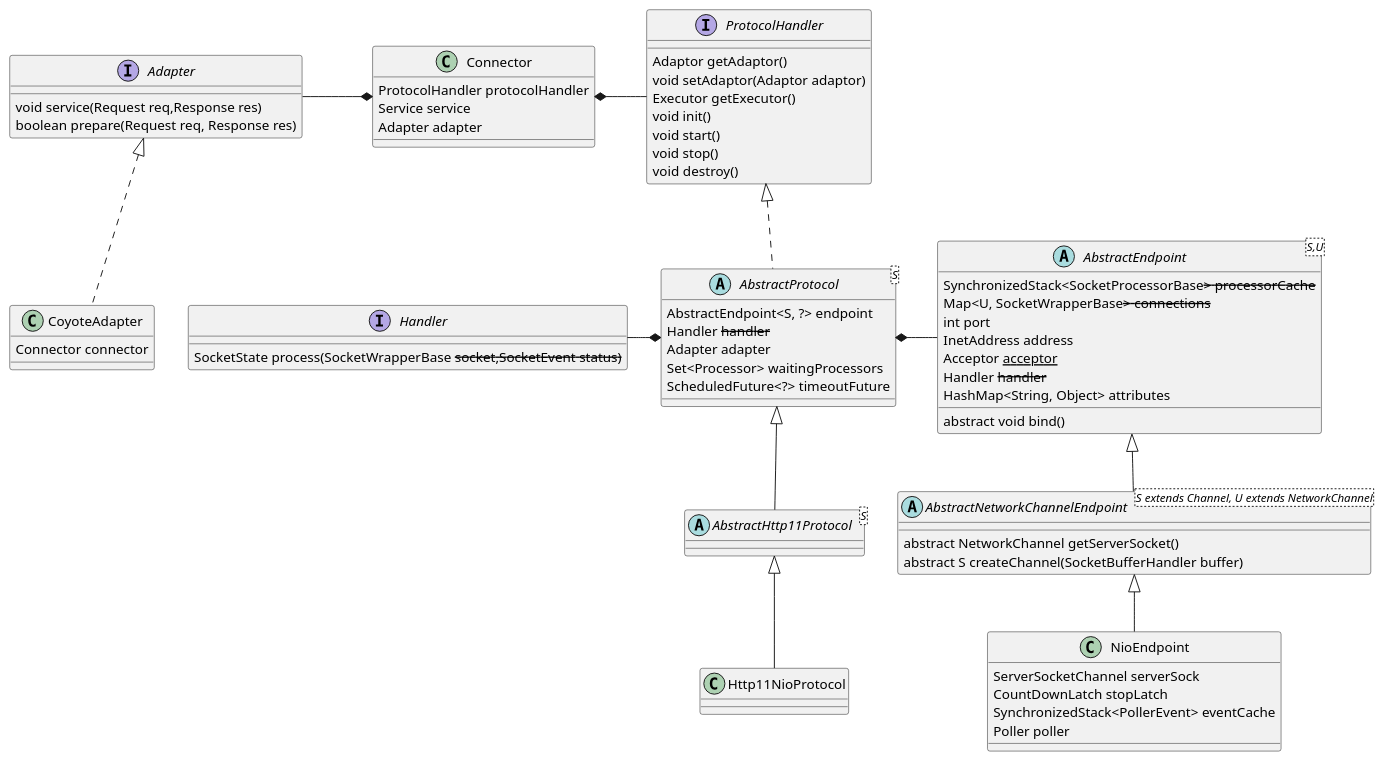
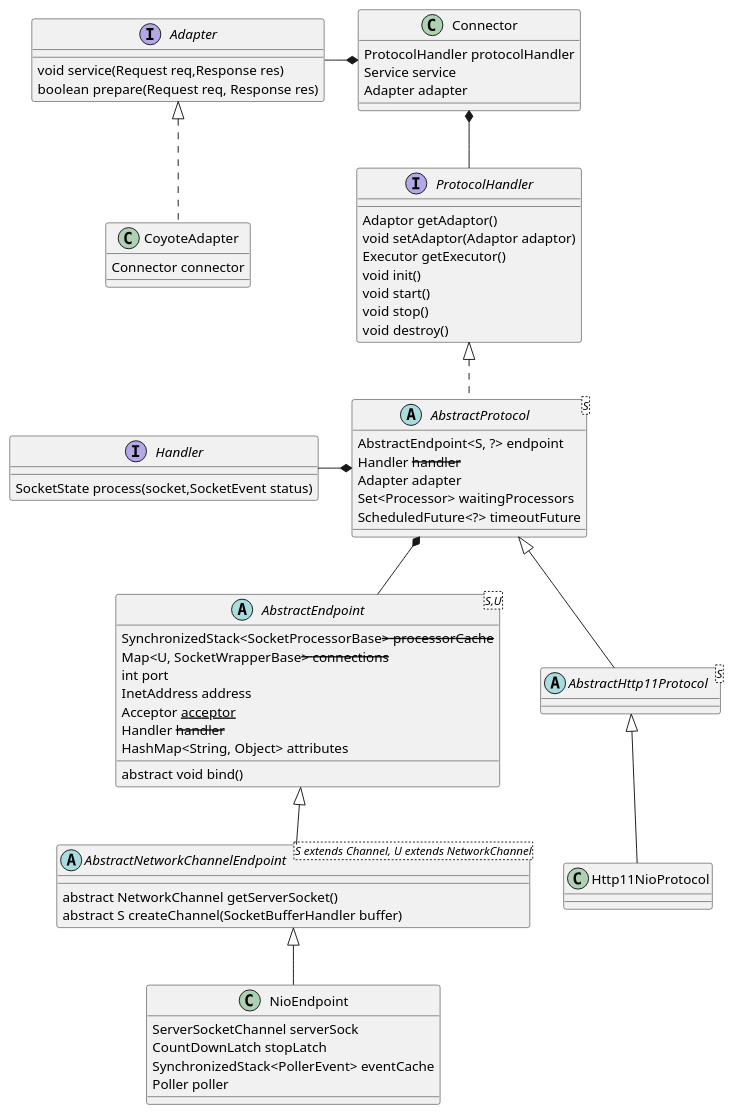
One commit to kevinwang930/kevinwang930.github.io changed the sixth of 7 diagrams in content/post/java/tomcat.md. Above: the diagram before and after it, drawn with PlantUML. The commit also changed other lines of this file and 1 other file, not shown here.

````diff
--- a/content/post/java/tomcat.md
+++ b/content/post/java/tomcat.md
@@ -555,71 +555,71 @@
 ```plantuml
 
 interface Handler {
-    SocketState process(SocketWrapperBase<S> socket,SocketEvent status)
+    SocketState process(socket,SocketEvent status)
 }
 
 abstract class AbstractEndpoint<S,U> {
     SynchronizedStack<SocketProcessorBase<S>> processorCache
     Map<U, SocketWrapperBase<S>> connections
     int port
     InetAddress address
     Acceptor<U> acceptor
     Handler<S> handler
     HashMap<String, Object> attributes
     abstract void bind()
 }
 abstract class AbstractNetworkChannelEndpoint<S extends Channel, U extends NetworkChannel> extends AbstractEndpoint {
     abstract NetworkChannel getServerSocket()
     abstract S createChannel(SocketBufferHandler buffer)
 }
 class NioEndpoint extends AbstractNetworkChannelEndpoint {
     ServerSocketChannel serverSock
     CountDownLatch stopLatch
     SynchronizedStack<PollerEvent> eventCache
     Poller poller
 }
 
 interface Adapter {
     void service(Request req,Response res)
     boolean prepare(Request req, Response res)
 }
 interface ProtocolHandler {
     Adaptor getAdaptor()
     void setAdaptor(Adaptor adaptor)
     Executor getExecutor()
     void init()
     void start()
     void stop()
     void destroy()
 }
 
 abstract class AbstractProtocol<S> implements ProtocolHandler {
     AbstractEndpoint<S, ?> endpoint
     Handler<S> handler
     Adapter adapter
     Set<Processor> waitingProcessors
     ScheduledFuture<?> timeoutFuture
 }
 
 abstract class AbstractHttp11Protocol<S> extends AbstractProtocol
 
 class Http11NioProtocol extends AbstractHttp11Protocol {
 
 }
 
 class Connector {
     ProtocolHandler protocolHandler
     Service service
     Adapter adapter
 }
 
 class CoyoteAdapter implements Adapter {
     Connector connector
 }
 
 AbstractProtocol *-left- Handler
-AbstractProtocol *-right- AbstractEndpoint
+AbstractProtocol *-down- AbstractEndpoint
 
-Connector *-right- ProtocolHandler
+Connector *-down- ProtocolHandler
 Connector *-left- Adapter
 ```
````
